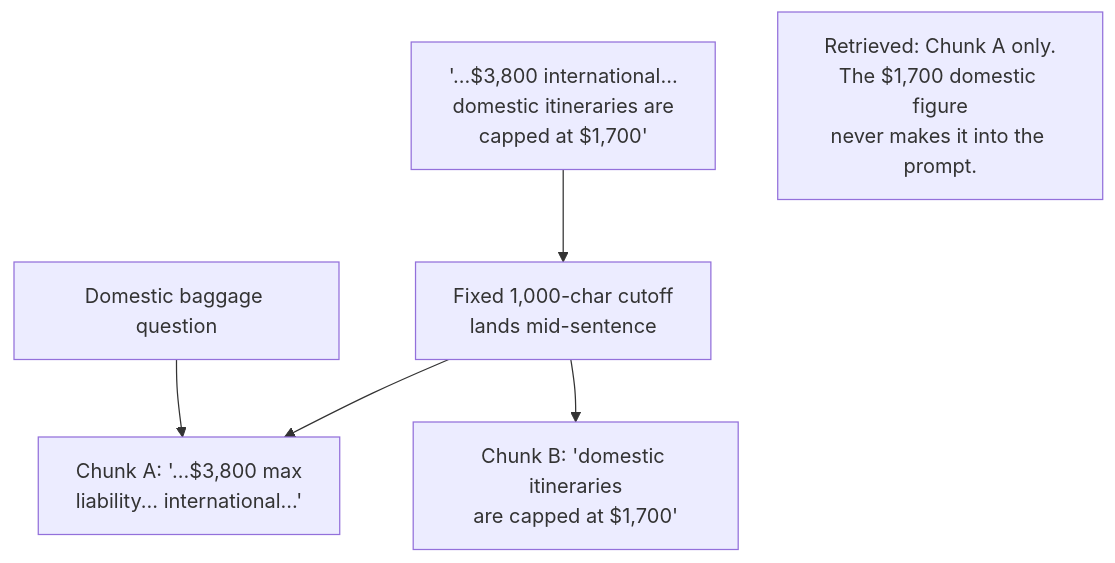
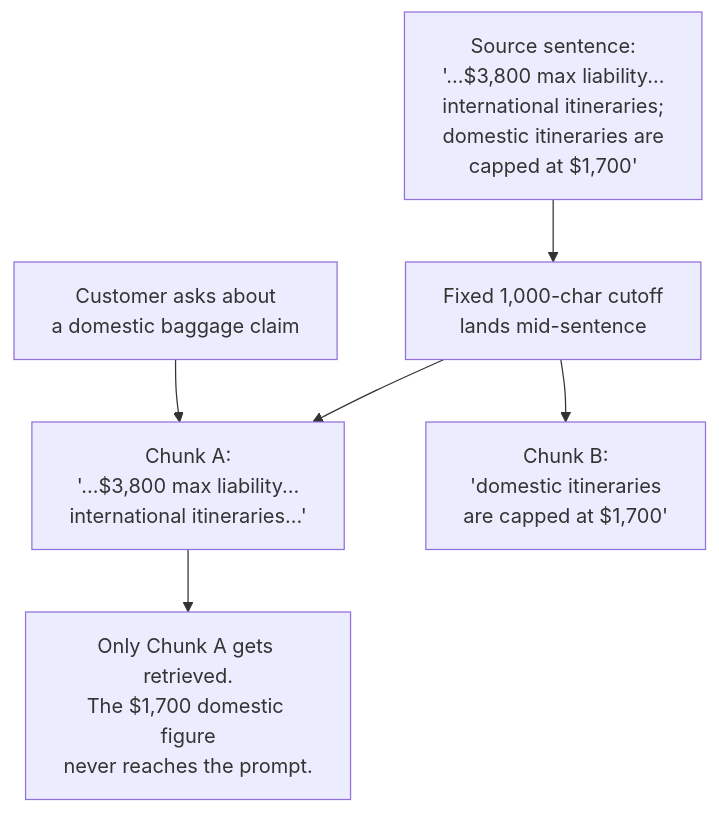
The third of 13 diagrams in system-design/HLD/0-course/44-Design-a-LLM-Customer-Support-Bot-FAANG-Guide-story.md (riyaz-pasha/Learnings), drawn with Mermaid before and after one commit. The commit also changed other lines of this file and 1 other file, not shown here.

Commit message:
[REWRITE] LLM Customer Support Bot story guide: simplify prose, add structure, fix diagrams

````diff
--- a/system-design/HLD/0-course/44-Design-a-LLM-Customer-Support-Bot-FAANG-Guide-story.md
+++ b/system-design/HLD/0-course/44-Design-a-LLM-Customer-Support-Bot-FAANG-Guide-story.md
@@ -64,8 +174,15 @@
 ```mermaid
 flowchart TD
-    DOC["'...$3,800 international...\ndomestic itineraries are\ncapped at $1,700'"] --> CUT["Fixed 1,000-char cutoff\nlands mid-sentence"]
-    CUT --> C1["Chunk A: '...$3,800 max\nliability... international...'"]
-    CUT --> C2["Chunk B: 'domestic itineraries\nare capped at $1,700'"]
-    Q["Domestic baggage question"] --> C1
-    Note["Retrieved: Chunk A only.\nThe $1,700 domestic figure\nnever makes it into the prompt."]
+    DOC["Source sentence:<br/>'...$3,800 max liability...<br/>international itineraries;<br/>domestic itineraries are<br/>capped at $1,700'"]
+    CUT["Fixed 1,000-char cutoff<br/>lands mid-sentence"]
+    C1["Chunk A:<br/>'...$3,800 max liability...<br/>international itineraries...'"]
+    C2["Chunk B:<br/>'domestic itineraries<br/>are capped at $1,700'"]
+    Q["Customer asks about<br/>a domestic baggage claim"]
+    NOTE["Only Chunk A gets retrieved.<br/>The $1,700 domestic figure<br/>never reaches the prompt."]
+
+    DOC --> CUT
+    CUT --> C1
+    CUT --> C2
+    Q --> C1
+    C1 --> NOTE
 ```
````
